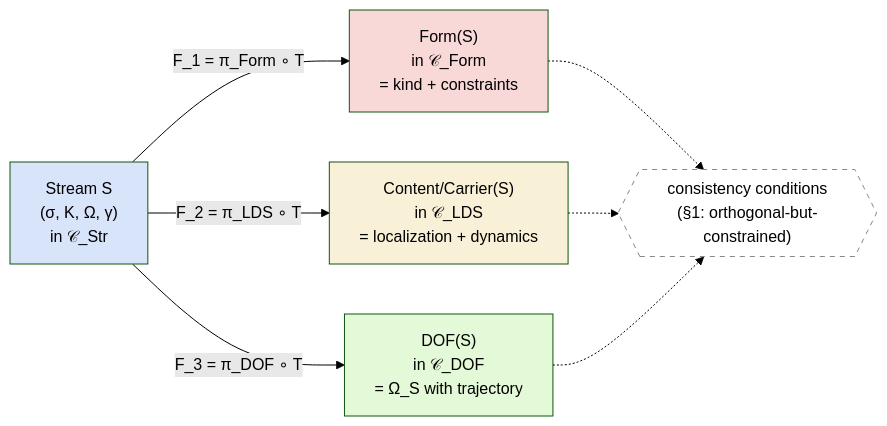
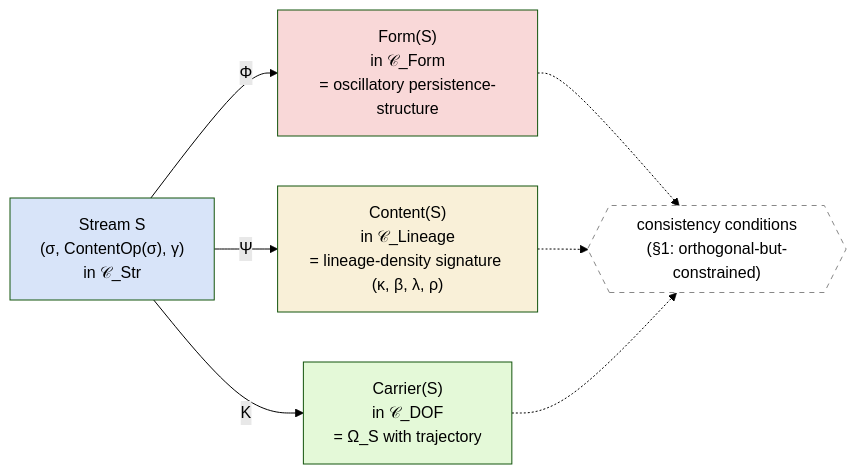
The second of 11 diagrams in Library/The-Coherence-Principle/figures.md (Multi-DAC/Corpus-Perspectival), drawn with Mermaid (forest theme) before and after one commit. The commit also changed other lines of this file and 39 other files, not shown here.

````diff
--- a/Library/The-Coherence-Principle/figures.md
+++ b/Library/The-Coherence-Principle/figures.md
@@ -51,23 +51,23 @@
 ```mermaid
 graph LR
-    S["Stream S<br/>(σ, K, Ω, γ)<br/>in 𝒞_Str"]
+    S["Stream S<br/>(σ, ContentOp(σ), γ)<br/>in 𝒞_Str"]
 
-    Form["Form(S)<br/>in 𝒞_Form<br/>= kind + constraints"]
-    LDS["Content/Carrier(S)<br/>in 𝒞_LDS<br/>= localization + dynamics"]
-    DOF["DOF(S)<br/>in 𝒞_DOF<br/>= Ω_S with trajectory"]
+    Form["Form(S)<br/>in 𝒞_Form<br/>= oscillatory persistence-structure"]
+    Lineage["Content(S)<br/>in 𝒞_Lineage<br/>= lineage-density signature (κ, β, λ, ρ)"]
+    DOF["Carrier(S)<br/>in 𝒞_DOF<br/>= Ω_S with trajectory"]
 
-    S -->|F_1 = π_Form ∘ T| Form
-    S -->|F_2 = π_LDS ∘ T| LDS
-    S -->|F_3 = π_DOF ∘ T| DOF
+    S -->|Φ| Form
+    S -->|Ψ| Lineage
+    S -->|Κ| DOF
 
     Consistency{{"consistency conditions<br/>(§1: orthogonal-but-constrained)"}}
     Form -.-> Consistency
-    LDS -.-> Consistency
+    Lineage -.-> Consistency
     DOF -.-> Consistency
 
     style S fill:#d8e4f9
     style Form fill:#f9d8d8
-    style LDS fill:#f9f0d8
+    style Lineage fill:#f9f0d8
     style DOF fill:#e4f9d8
     style Consistency fill:#ffffff,stroke:#888,stroke-dasharray: 5 5
 ```
````
